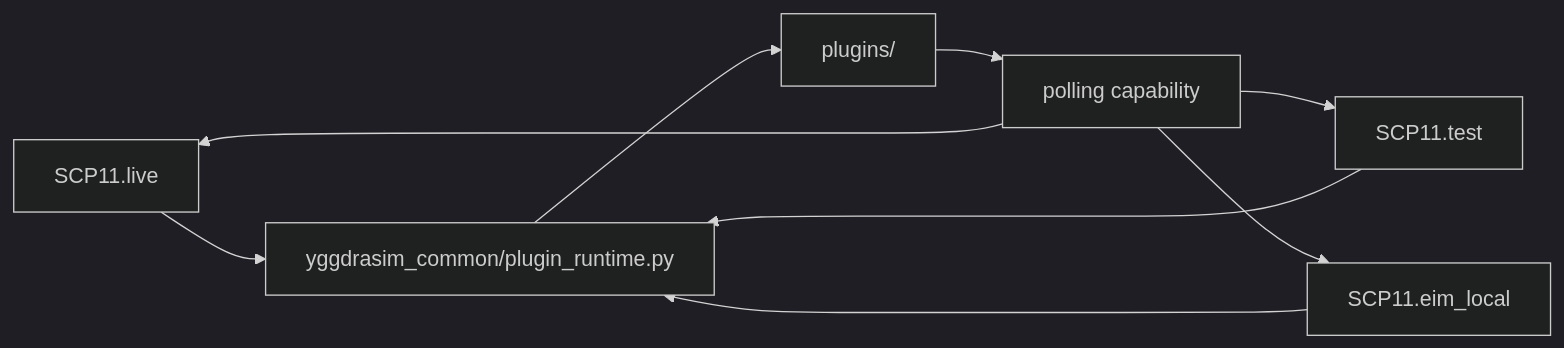
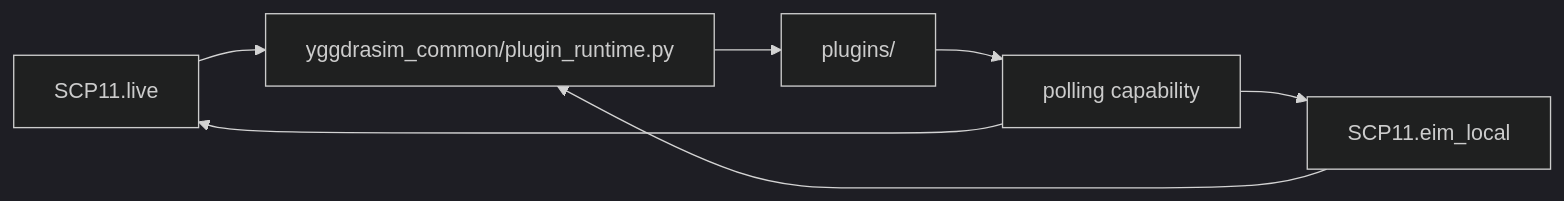
Before and after one commit to 1oT/YggdraSIM: the eighth of 12 diagrams in guides/ARCHITECTURE.md, drawn with Mermaid (dark theme). The commit also changed other lines of this file and 341 other files, not shown here.

````diff
--- a/guides/ARCHITECTURE.md
+++ b/guides/ARCHITECTURE.md
@@ -410,11 +406,9 @@
 ```mermaid
 flowchart LR
     Live["SCP11.live"] --> PluginRuntime["yggdrasim_common/plugin_runtime.py"]
-    Test["SCP11.test"] --> PluginRuntime
     EimLocal["SCP11.eim_local"] --> PluginRuntime
     PluginRuntime --> Plugins["plugins/"]
     Plugins --> Polling["polling capability"]
     Polling --> Live
-    Polling --> Test
     Polling --> EimLocal
 ```
````
